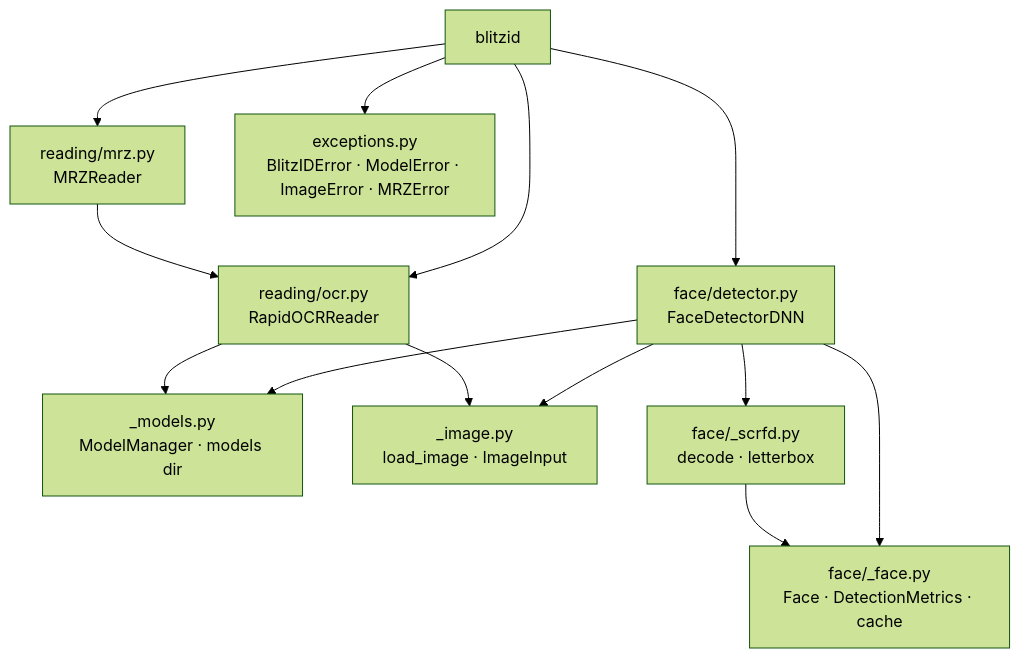
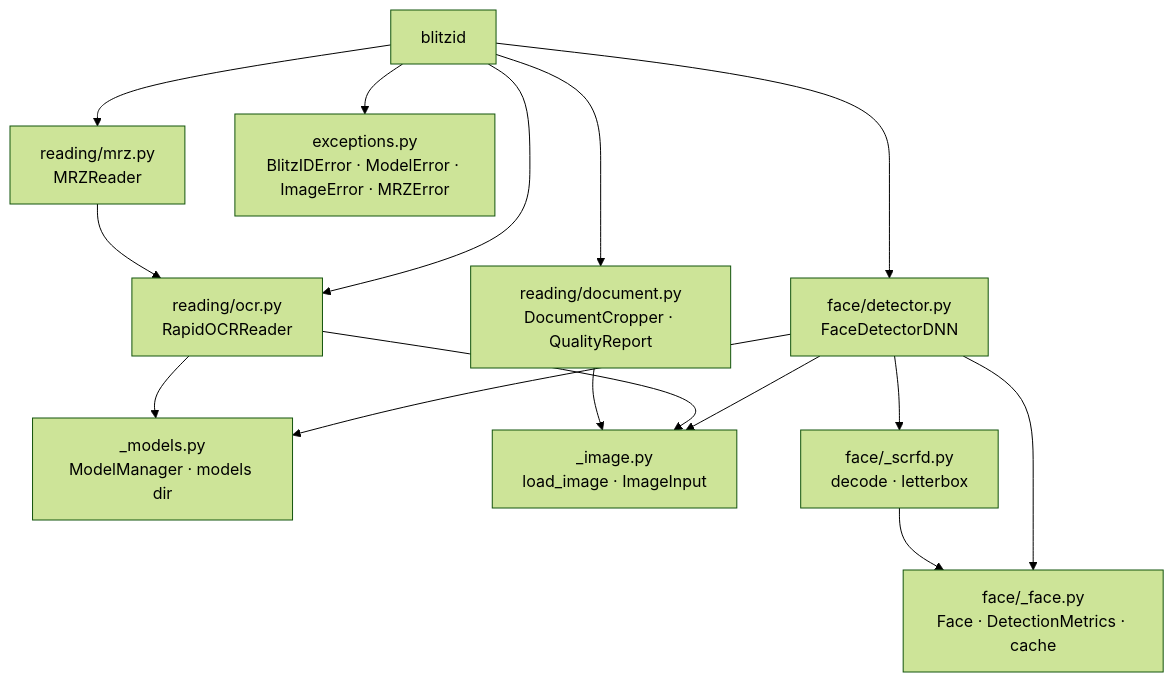
The diagram in README.md (malvavisc0/blitzid), drawn with Mermaid (forest theme) before and after one commit. The commit also changed other lines of this file and 2 other files, not shown here.

Commit message:
document http api, docker deployment, and DocumentCropper in readme and changelog

````diff
--- a/README.md
+++ b/README.md
@@ -160,16 +244,18 @@
 ```mermaid
 graph TD
     A[blitzid] --> B[face/detector.py<br/>FaceDetectorDNN]
     A --> I[reading/mrz.py<br/>MRZReader]
     A --> C[reading/ocr.py<br/>RapidOCRReader]
+    A --> M[reading/document.py<br/>DocumentCropper · QualityReport]
     A --> D[exceptions.py<br/>BlitzIDError · ModelError · ImageError · MRZError]
 
     I --> C
     B --> E[_models.py<br/>ModelManager · models dir]
     B --> F[_image.py<br/>load_image · ImageInput]
     B --> G[face/_face.py<br/>Face · DetectionMetrics · cache]
     B --> H[face/_scrfd.py<br/>decode · letterbox]
     C --> E
     C --> F
+    M --> F
     H --> G
 ```
````
